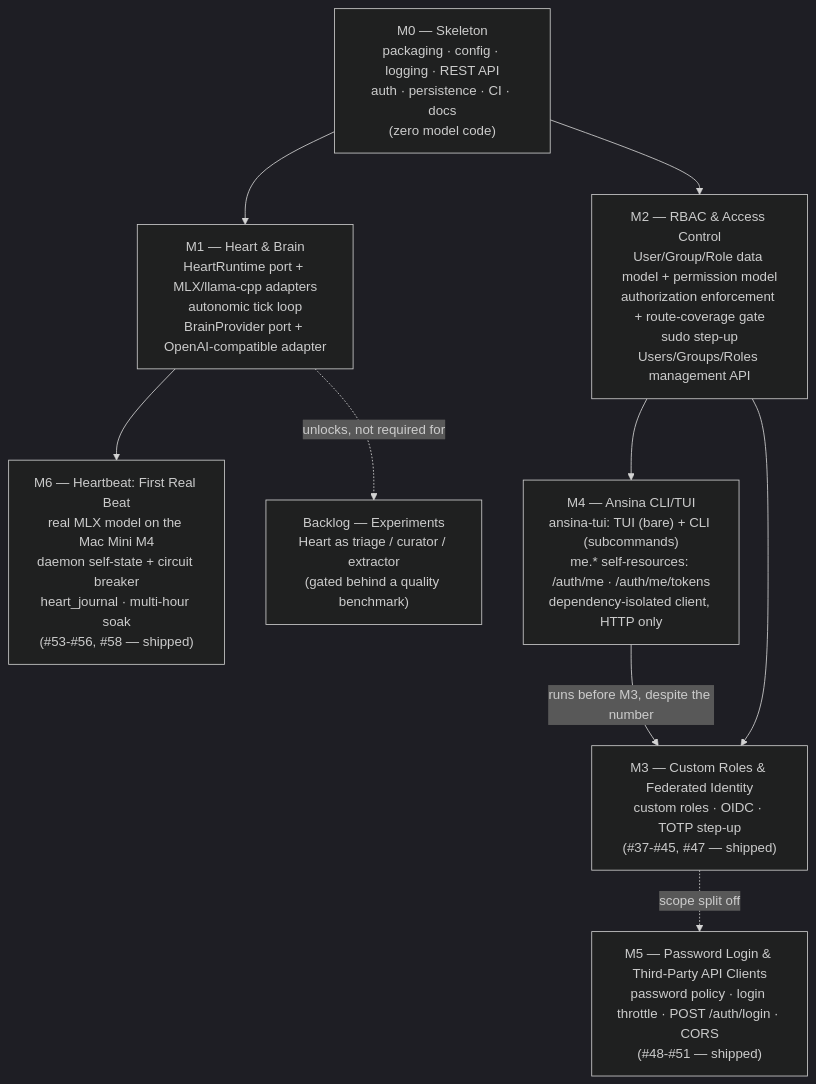
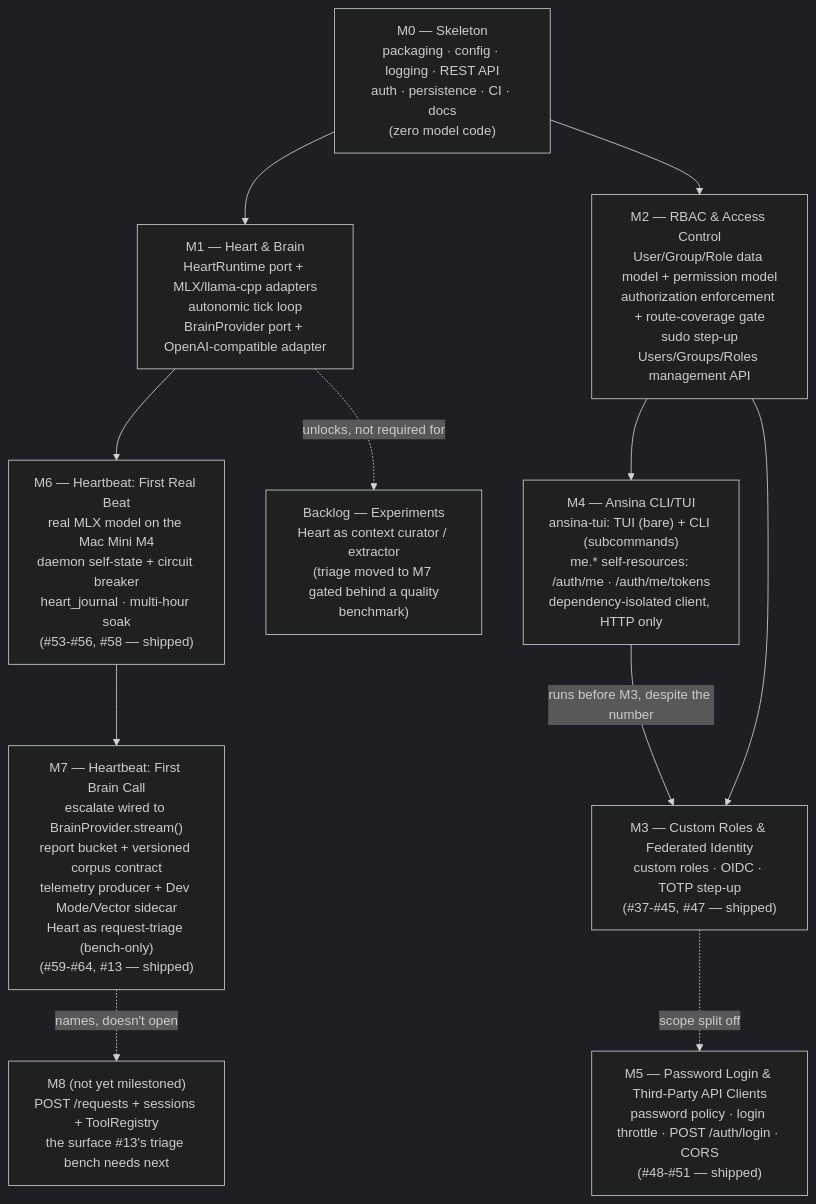
One commit to giacchetta/ansina changed the second of 2 diagrams in docs/architecture/blueprint.md. Above: the diagram before and after it, drawn with Mermaid (dark theme). The commit also changed other lines of this file and 86 other files, not shown here.

First line of the commit message:
Ansina — Heartbeat: First Brain Call (M7) (#66)

````diff
--- a/docs/architecture/blueprint.md
+++ b/docs/architecture/blueprint.md
@@ -192,19 +228,23 @@
 ```mermaid
 flowchart TD
     M0["M0 — Skeleton\npackaging · config · logging · REST API\nauth · persistence · CI · docs\n(zero model code)"]
     M1["M1 — Heart & Brain\nHeartRuntime port + MLX/llama-cpp adapters\nautonomic tick loop\nBrainProvider port + OpenAI-compatible adapter"]
     M2["M2 — RBAC & Access Control\nUser/Group/Role data model + permission model\nauthorization enforcement + route-coverage gate\nsudo step-up\nUsers/Groups/Roles management API"]
     M4["M4 — Ansina CLI/TUI\nansina-tui: TUI (bare) + CLI (subcommands)\nme.* self-resources: /auth/me · /auth/me/tokens\ndependency-isolated client, HTTP only"]
     M3["M3 — Custom Roles & Federated Identity\ncustom roles · OIDC · TOTP step-up\n(#37-#45, #47 — shipped)"]
     M5["M5 — Password Login & Third-Party API Clients\npassword policy · login throttle · POST /auth/login · CORS\n(#48-#51 — shipped)"]
     M6["M6 — Heartbeat: First Real Beat\nreal MLX model on the Mac Mini M4\ndaemon self-state + circuit breaker\nheart_journal · multi-hour soak\n(#53-#56, #58 — shipped)"]
-    BL["Backlog — Experiments\nHeart as triage / curator / extractor\n(gated behind a quality benchmark)"]
+    M7["M7 — Heartbeat: First Brain Call\nescalate wired to BrainProvider.stream()\nreport bucket + versioned corpus contract\ntelemetry producer + Dev Mode/Vector sidecar\nHeart as request-triage (bench-only)\n(#59-#64, #13 — shipped)"]
+    M8["M8 (not yet milestoned)\nPOST /requests + sessions + ToolRegistry\nthe surface #13's triage bench needs next"]
+    BL["Backlog — Experiments\nHeart as context curator / extractor\n(triage moved to M7 #13; gated behind a quality benchmark)"]
     M0 --> M1
     M0 --> M2
     M2 --> M4
     M4 -->|"runs before M3, despite the number"| M3
     M2 --> M3
     M3 -.scope split off.-> M5
     M1 --> M6
     M1 -.unlocks, not required for.-> BL
+    M6 --> M7
+    M7 -.names, doesn't open.-> M8
 ```
````
